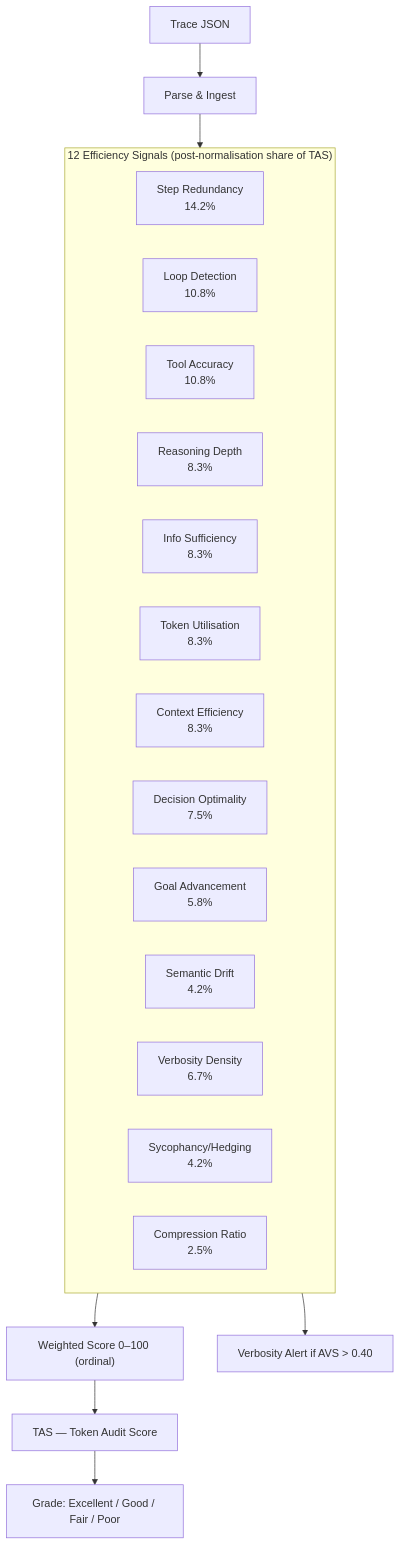
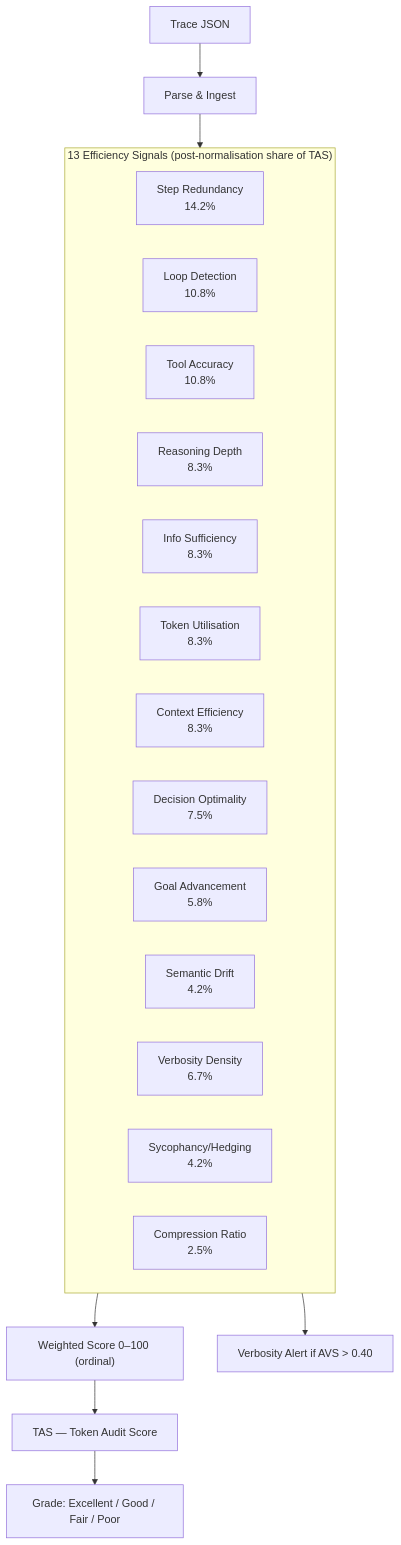
Before and after one commit to ZulfaqarHafez/TraceRazor: the first of 4 diagrams in README.md, drawn with Mermaid. The commit also changed other lines of this file and 2 other files, not shown here.

First line of the commit message:
Fix cosmetic loose ends from post-improvement eval

````diff
--- a/README.md
+++ b/README.md
@@ -65,27 +65,27 @@
 ```mermaid
 flowchart TD
     T[Trace JSON] --> P[Parse & Ingest]
     P --> M
 
-    subgraph M["12 Efficiency Signals (post-normalisation share of TAS)"]
+    subgraph M["13 Efficiency Signals (post-normalisation share of TAS)"]
         direction LR
         S1["Step Redundancy\n14.2%"]
         S2["Loop Detection\n10.8%"]
         S3["Tool Accuracy\n10.8%"]
         S4["Reasoning Depth\n8.3%"]
         S5["Info Sufficiency\n8.3%"]
         S6["Token Utilisation\n8.3%"]
         S7["Context Efficiency\n8.3%"]
         S8["Decision Optimality\n7.5%"]
         S9["Goal Advancement\n5.8%"]
         S10["Semantic Drift\n4.2%"]
         V1["Verbosity Density\n6.7%"]
         V2["Sycophancy/Hedging\n4.2%"]
         V3["Compression Ratio\n2.5%"]
     end
 
     M --> W["Weighted Score 0–100 (ordinal)"]
     W --> TAS["TAS — Token Audit Score"]
     TAS --> G["Grade: Excellent / Good / Fair / Poor"]
     M --> AVS["Verbosity Alert if AVS > 0.40"]
 ```
````
